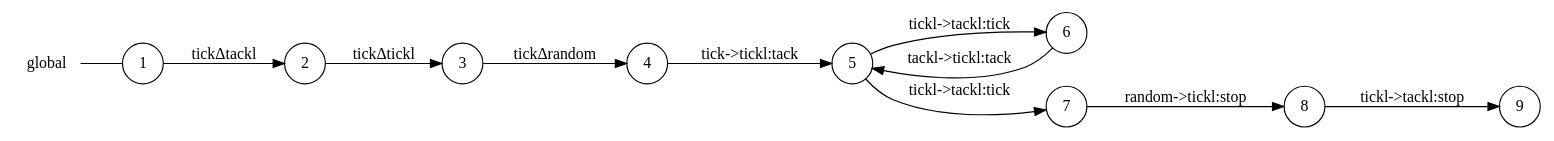
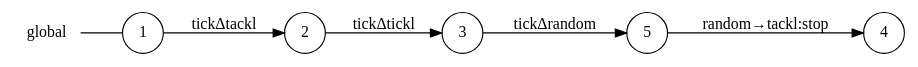
Before and after one commit to gabrielegenovese/chorer: the diagram in example/ticktack/tick_global_view.dot, drawn with Graphviz. The commit also changed 11 other files, not shown here.

```diff
--- a/example/ticktack/tick_global_view.dot
+++ b/example/ticktack/tick_global_view.dot
@@ -1,24 +1,15 @@
 digraph global {
 	rankdir="LR";
 	n_0 [label="global", shape="plaintext"];
 	n_1 [id="5", shape=circle, label="5"];
-	n_2 [id="6", shape=circle, label="6"];
-	n_3 [id="1", shape=circle, label="1"];
-	n_0 -> n_3 [arrowhead=none];
-	n_4 [id="9", shape=circle, label="9"];
-	n_5 [id="2", shape=circle, label="2"];
-	n_6 [id="8", shape=circle, label="8"];
-	n_7 [id="4", shape=circle, label="4"];
-	n_8 [id="7", shape=circle, label="7"];
-	n_9 [id="3", shape=circle, label="3"];
+	n_2 [id="1", shape=circle, label="1"];
+	n_0 -> n_2 [arrowhead=none];
+	n_3 [id="2", shape=circle, label="2"];
+	n_4 [id="4", shape=circle, label="4"];
+	n_5 [id="3", shape=circle, label="3"];
 
-	n_1 -> n_2 [id="[$e|4]", label="tickl->tackl:tick"];
-	n_2 -> n_1 [id="[$e|5]", label="tackl->tickl:tack"];
-	n_6 -> n_4 [id="[$e|8]", label="tickl->tackl:stop"];
-	n_9 -> n_7 [id="[$e|2]", label="tickΔrandom"];
-	n_3 -> n_5 [id="[$e|0]", label="tickΔtackl"];
-	n_7 -> n_1 [id="[$e|3]", label="tick->tickl:tack"];
-	n_8 -> n_6 [id="[$e|7]", label="random->tickl:stop"];
-	n_1 -> n_8 [id="[$e|6]", label="tickl->tackl:tick"];
-	n_5 -> n_9 [id="[$e|1]", label="tickΔtickl"];
+	n_2 -> n_3 [id="[$e|2]", label="tickΔtackl"];
+	n_5 -> n_1 [id="[$e|0]", label="tickΔrandom"];
+	n_1 -> n_4 [id="[$e|3]", label="random→tackl:stop"];
+	n_3 -> n_5 [id="[$e|1]", label="tickΔtickl"];
 }
```
